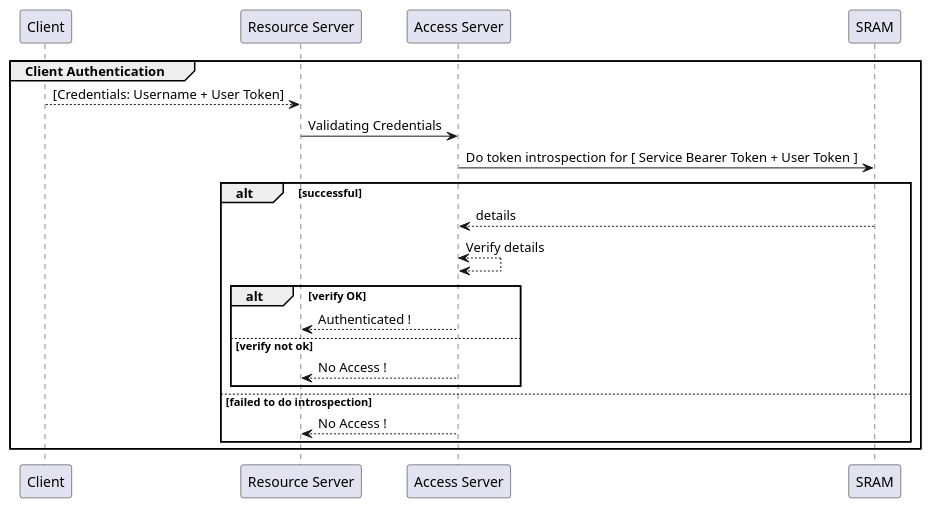
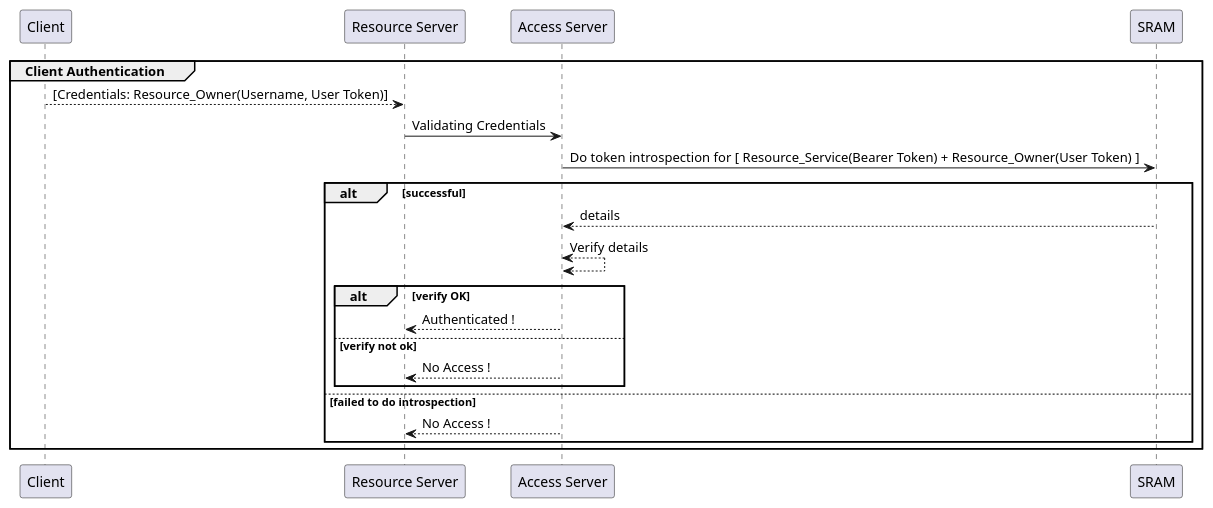
One commit to HarryKodden/SRAM-Token-Service changed the diagram in assets/delegated_access/option_2/option_2b.iuml. Above: the diagram before and after it, drawn with PlantUML. The commit also changed 1 other file, not shown here.

```diff
--- a/assets/delegated_access/option_2/option_2b.iuml
+++ b/assets/delegated_access/option_2/option_2b.iuml
@@ -1,21 +1,21 @@
 @startuml
 participant RP as "Client"
 participant RS as "Resource Server"
 participant AS as "Access Server"
 group Client Authentication
-RP --> RS: [Credentials: Username + User Token]
+RP --> RS: [Credentials: Resource_Owner(Username, User Token)]
 RS -> AS: Validating Credentials
-AS -> SRAM: Do token introspection for [ Service Bearer Token + User Token ]
+AS -> SRAM: Do token introspection for [ Resource_Service(Bearer Token) + Resource_Owner(User Token) ]
 alt successful
 AS <-- SRAM: details
 AS <--> AS: Verify details
 alt verify OK
 RS <-- AS: Authenticated !
 else verify not ok
 RS <-- AS: No Access !
 end
 else failed to do introspection
 RS <-- AS: No Access !
 end
 end
 @enduml
```
